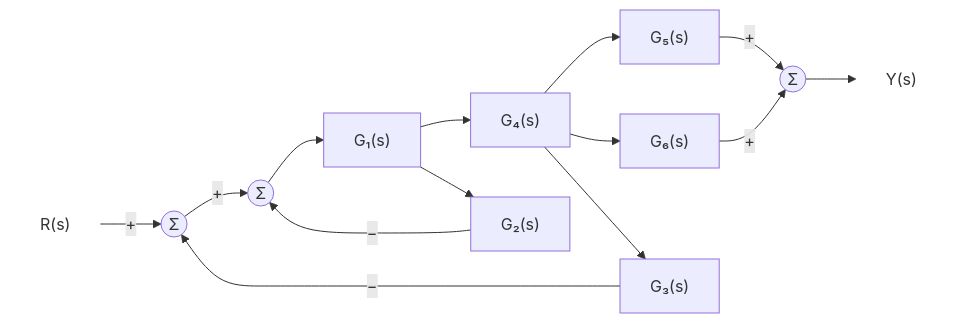
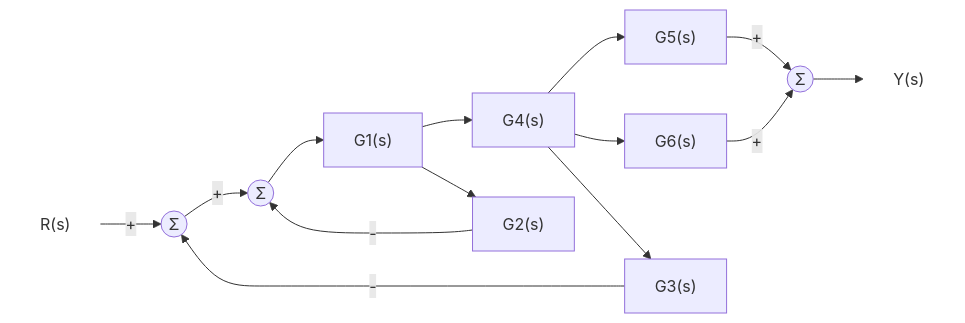
One commit to Choroning/25Fall_Neural-Network-Control-Systems changed the tenth of 15 diagrams in Lecture-Notes/Week05_Control-System-Modeling-II/Concepts_Lecture.md. Above: the diagram before and after it, drawn with Mermaid. The commit also changed other lines of this file and 25 other files, not shown here.

````diff
--- a/Lecture-Notes/Week05_Control-System-Modeling-II/Concepts_Lecture.md
+++ b/Lecture-Notes/Week05_Control-System-Modeling-II/Concepts_Lecture.md
@@ -805,18 +807,18 @@
 ```mermaid
 flowchart LR
-  R["R(s)"] -->|"+"| S1(("Σ"))
-  S1 -->|"+"| S2(("Σ"))
-  S2 --> G1["G₁(s)"]
-  G1 --> G4["G₄(s)"]
-  G1 --> G2["G₂(s)"]
-  G2 -->|"−"| S2
-  G4 --> G5["G₅(s)"]
-  G4 --> G6["G₆(s)"]
-  G4 --> G3["G₃(s)"]
-  G3 -->|"−"| S1
-  G5 -->|"+"| S3(("Σ"))
-  G6 -->|"+"| S3
+  R["R(s)"] -->|"#43;"| S1(("Σ"))
+  S1 -->|"#43;"| S2(("Σ"))
+  S2 --> G1["G1(s)"]
+  G1 --> G4["G4(s)"]
+  G1 --> G2["G2(s)"]
+  G2 -->|"#45;"| S2
+  G4 --> G5["G5(s)"]
+  G4 --> G6["G6(s)"]
+  G4 --> G3["G3(s)"]
+  G3 -->|"#45;"| S1
+  G5 -->|"#43;"| S3(("Σ"))
+  G6 -->|"#43;"| S3
   S3 --> Y["Y(s)"]
   classDef sig fill:none,stroke:none;
   class R,Y sig;
 ```
````
